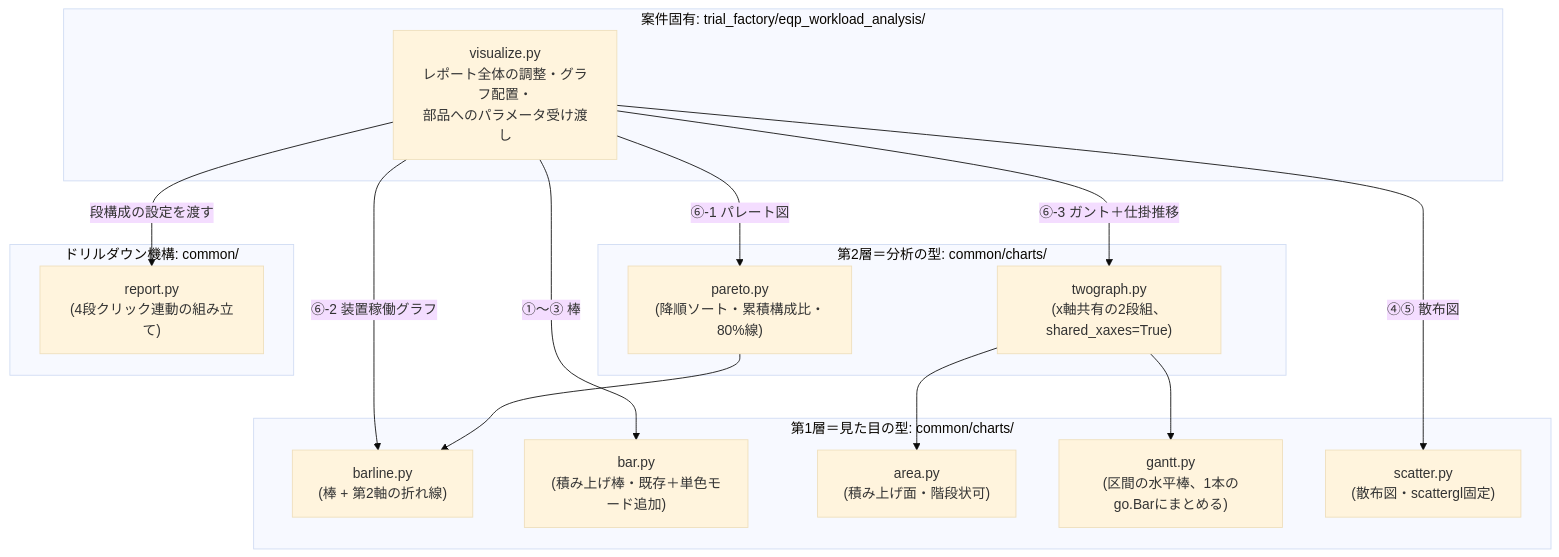
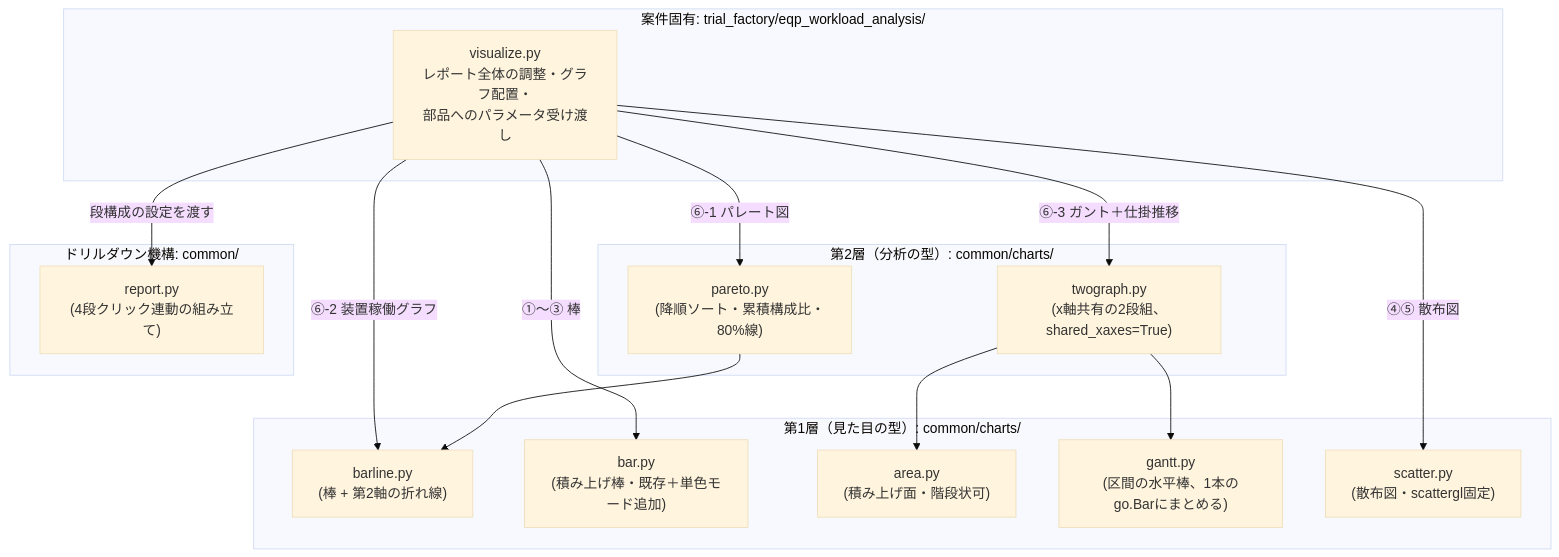
Before and after one commit to mukumuyi/AnalyseTool: the seventh of 7 diagrams in .steering/20260830-eqp-workload-analysis/design.md, drawn with Mermaid (base theme). The commit also changed other lines of this file and 2 other files, not shown here.

````diff
--- a/.steering/20260830-eqp-workload-analysis/design.md
+++ b/.steering/20260830-eqp-workload-analysis/design.md
@@ -199,34 +225,34 @@
 ```mermaid
 flowchart TD
     subgraph L3["案件固有: trial_factory/eqp_workload_analysis/"]
         vis["visualize.py<br/>レポート全体の調整・グラフ配置・<br/>部品へのパラメータ受け渡し"]
     end
 
-    subgraph L2["第2層＝分析の型: common/charts/"]
+    subgraph L2["第2層（分析の型）: common/charts/"]
         pareto["pareto.py<br/>(降順ソート・累積構成比・80%線)"]
         twograph["twograph.py<br/>(x軸共有の2段組、shared_xaxes=True)"]
     end
 
-    subgraph L1["第1層＝見た目の型: common/charts/"]
+    subgraph L1["第1層（見た目の型）: common/charts/"]
         barline["barline.py<br/>(棒 + 第2軸の折れ線)"]
         bar["bar.py<br/>(積み上げ棒・既存＋単色モード追加)"]
         area["area.py<br/>(積み上げ面・階段状可)"]
         gantt["gantt.py<br/>(区間の水平棒、1本のgo.Barにまとめる)"]
         scatter["scatter.py<br/>(散布図・scattergl固定)"]
     end
 
     subgraph SH["ドリルダウン機構: common/"]
         report["report.py<br/>(4段クリック連動の組み立て)"]
     end
 
     vis -->|"⑥-1 パレート図"| pareto
     vis -->|"⑥-2 装置稼働グラフ"| barline
     vis -->|"⑥-3 ガント＋仕掛推移"| twograph
     vis -->|"①〜③ 棒"| bar
     vis -->|"④⑤ 散布図"| scatter
     vis -->|"段構成の設定を渡す"| report
 
     pareto --> barline
     twograph --> gantt
     twograph --> area
 ```
````
